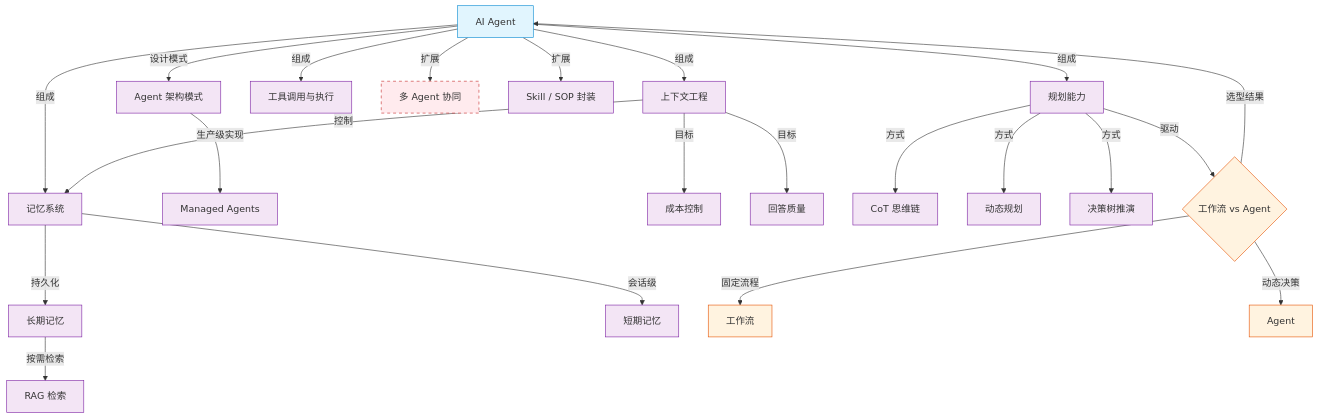
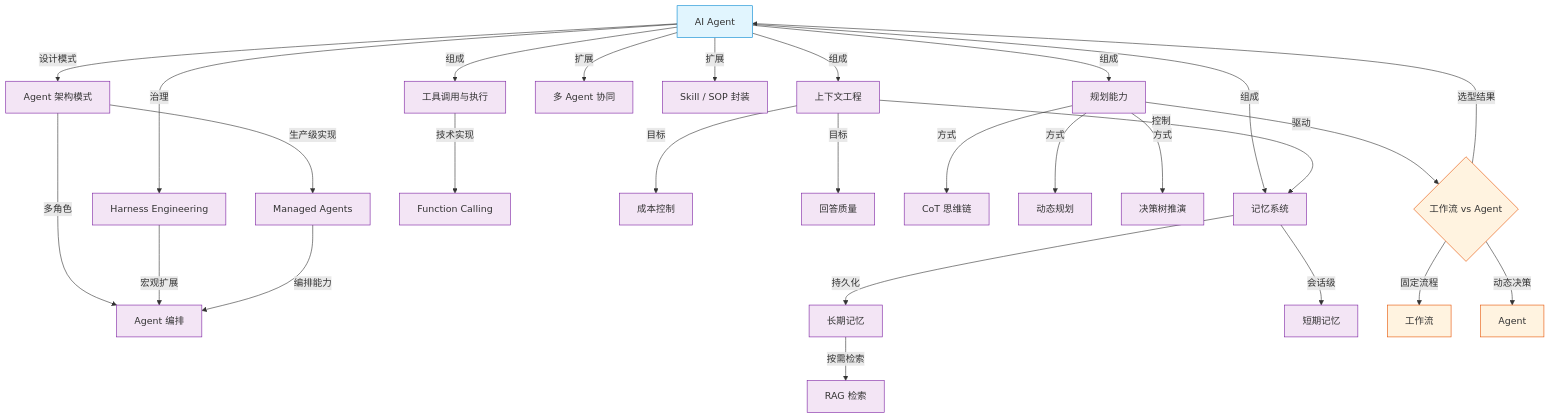
Before and after one commit to sangaizhi/obsidian-wiki: the first of 2 diagrams in wiki/overview/知识图谱.md, drawn with Mermaid. The commit also changed other lines of this file and 10 other files, not shown here.

````diff
--- a/wiki/overview/知识图谱.md
+++ b/wiki/overview/知识图谱.md
@@ -16,45 +16,53 @@
 ```mermaid
 graph TB
     classDef core fill:#e1f5fe,stroke:#0288d1
     classDef concept fill:#f3e5f5,stroke:#7b1fa2
     classDef decision fill:#fff3e0,stroke:#e65100
     classDef source fill:#e8f5e9,stroke:#2e7d32
     classDef gap fill:#ffebee,stroke:#c62828,stroke-dasharray: 5 5
 
     Agent["AI Agent"]:::core
     Memory["记忆系统"]:::concept
     Context["上下文工程"]:::concept
     Planning["规划能力"]:::concept
     Tools["工具调用与执行"]:::concept
-    MultiAgent["多 Agent 协同"]:::gap
+    MultiAgent["多 Agent 协同"]:::concept
     Skill["Skill / SOP 封装"]:::concept
     Arch["Agent 架构模式"]:::concept
     Managed["Managed Agents"]:::concept
+    Harness["Harness Engineering"]:::concept
+    FC["Function Calling"]:::concept
+    Orch["Agent 编排"]:::concept
 
     Agent -->|组成| Memory
     Agent -->|组成| Context
     Agent -->|组成| Planning
     Agent -->|组成| Tools
     Agent -->|扩展| MultiAgent
     Agent -->|扩展| Skill
     Agent -->|设计模式| Arch
+    Agent -->|治理| Harness
     Arch -->|生产级实现| Managed
+    Arch -->|多角色| Orch
+    Tools -->|技术实现| FC
+    Harness -->|宏观扩展| Orch
+    Managed -->|编排能力| Orch
 
     Memory -->|持久化| LongTerm["长期记忆"]:::concept
     Memory -->|会话级| ShortTerm["短期记忆"]:::concept
     LongTerm -->|按需检索| RAG["RAG 检索"]:::concept
 
     Context -->|控制| Memory
     Context -->|目标| CostControl["成本控制"]:::concept
     Context -->|目标| Quality["回答质量"]:::concept
 
     Planning -->|方式| CoT["CoT 思维链"]:::concept
     Planning -->|方式| DynamicPlan["动态规划"]:::concept
     Planning -->|方式| DecisionTree["决策树推演"]:::concept
 
     Decision{"工作流 vs Agent"}:::decision
     Decision -->|固定流程| Workflow["工作流"]:::decision
     Decision -->|动态决策| AgentDecision["Agent"]:::decision
     Planning -->|驱动| Decision
     Decision -->|选型结果| Agent
 ```
````
